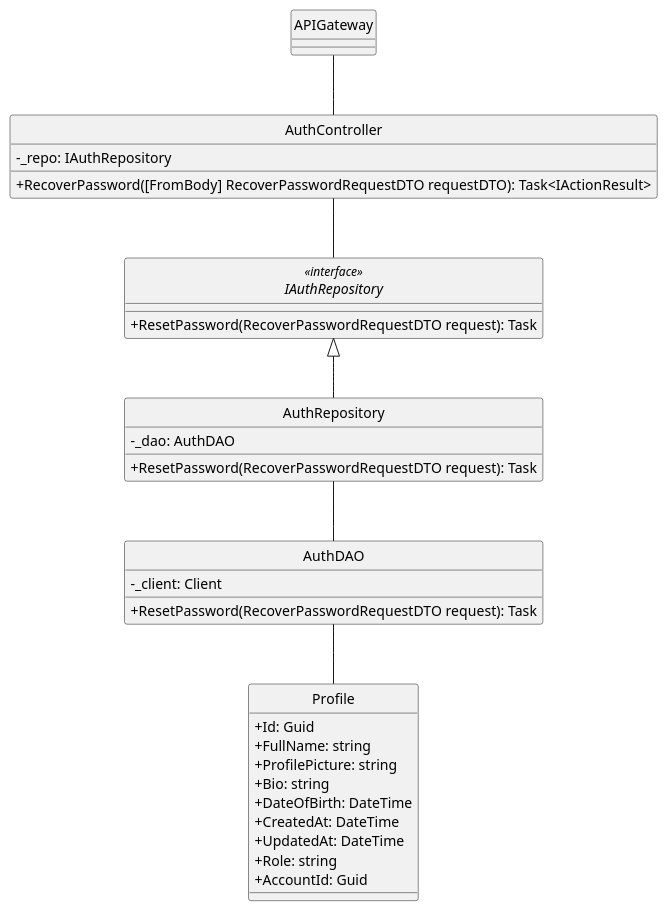
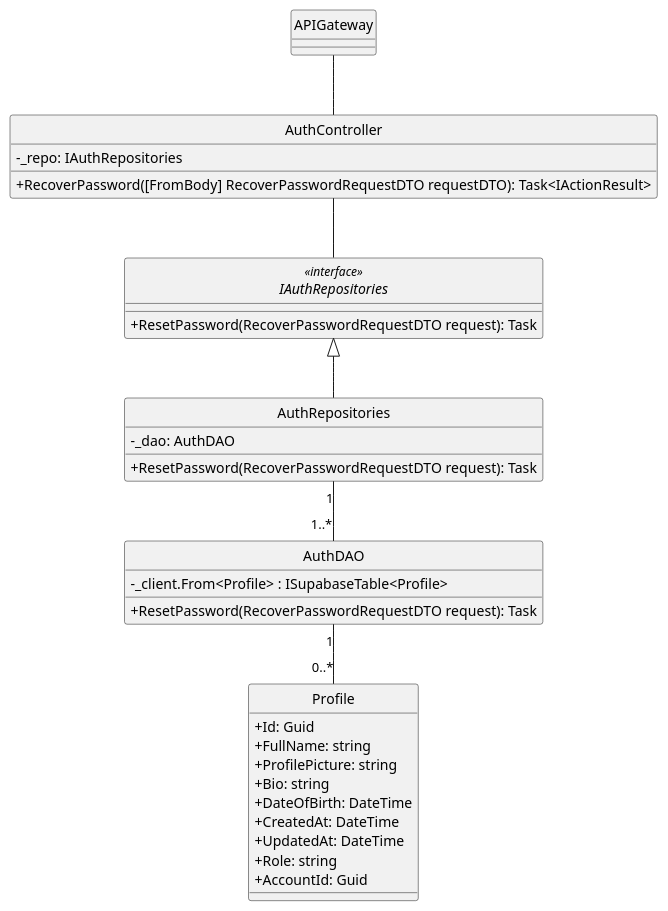
One commit to minhnhut23/FPT-OBOMS changed the diagram in docs/ClassDiagram/Authtentication/RecoverPassword/RecoverPassword.plantuml. Above: the diagram before and after it, drawn with PlantUML. The commit also changed 9 other files, not shown here.

Commit message:
edit diagram auth and user

```diff
--- a/docs/ClassDiagram/Authtentication/RecoverPassword/RecoverPassword.plantuml
+++ b/docs/ClassDiagram/Authtentication/RecoverPassword/RecoverPassword.plantuml
@@ -1,50 +1,50 @@
 @startuml 
 hide circle
 skinparam classAttributeIconSize 0
 skinparam linetype ortho
 
 class APIGateway {
 }
 
 class AuthController {
-    - _repo: IAuthRepository
+    - _repo: IAuthRepositories
     + RecoverPassword([FromBody] RecoverPasswordRequestDTO requestDTO): Task<IActionResult> 
 }
 
-interface IAuthRepository<<interface>> {
+interface IAuthRepositories<<interface>> {
     + ResetPassword(RecoverPasswordRequestDTO request): Task
 }
 
-class AuthRepository {
+class AuthRepositories {
     - _dao: AuthDAO
     + ResetPassword(RecoverPasswordRequestDTO request): Task
 }
 
 class AuthDAO {
-    - _client: Client
+    - _client.From<Profile> : ISupabaseTable<Profile>
     + ResetPassword(RecoverPasswordRequestDTO request): Task
 }
 
 class Profile {
     + Id: Guid
     + FullName: string
     + ProfilePicture: string
     + Bio: string
     + DateOfBirth: DateTime
     + CreatedAt: DateTime
     + UpdatedAt: DateTime
     + Role: string
     + AccountId: Guid
 }
 
 
 APIGateway -- AuthController
 
-AuthController -- IAuthRepository
+AuthController -- IAuthRepositories
 
-IAuthRepository <|-- AuthRepository
+IAuthRepositories <|-- AuthRepositories
 
-AuthRepository -- AuthDAO
+AuthRepositories "1" -- "1..*" AuthDAO
 
-AuthDAO -- Profile
+AuthDAO  "1" -- "0..*"  Profile
 @enduml
```
